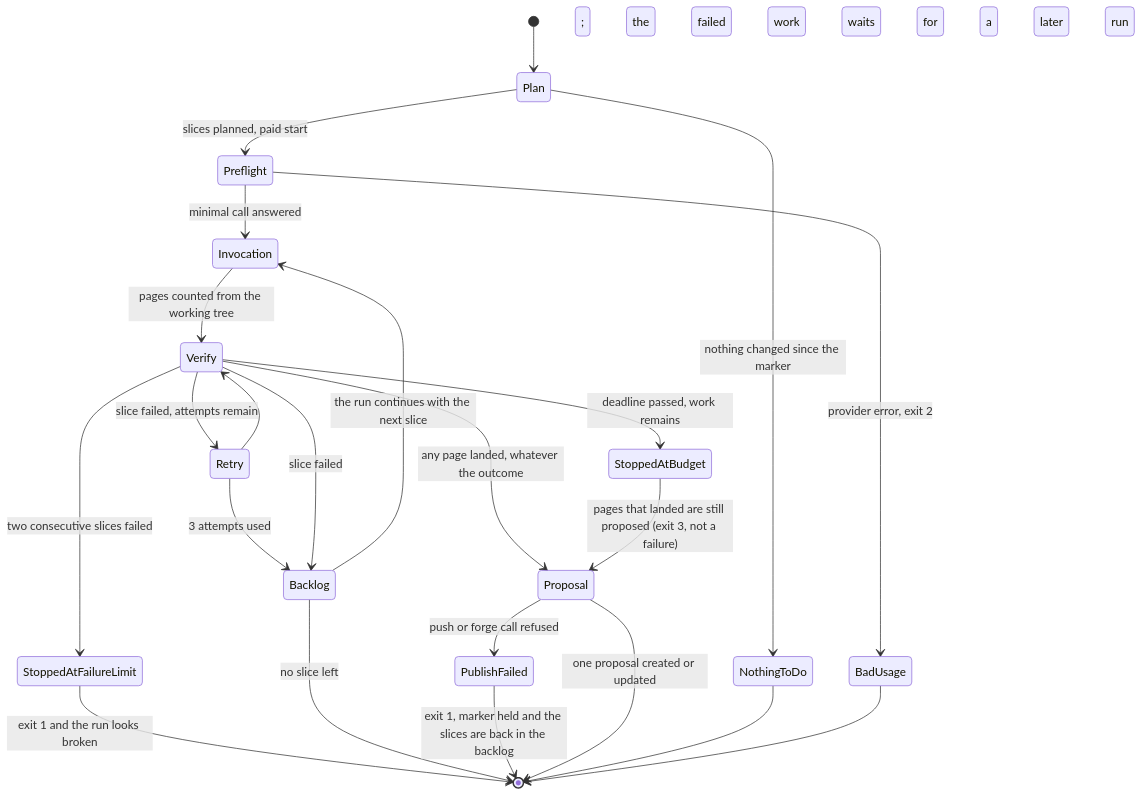
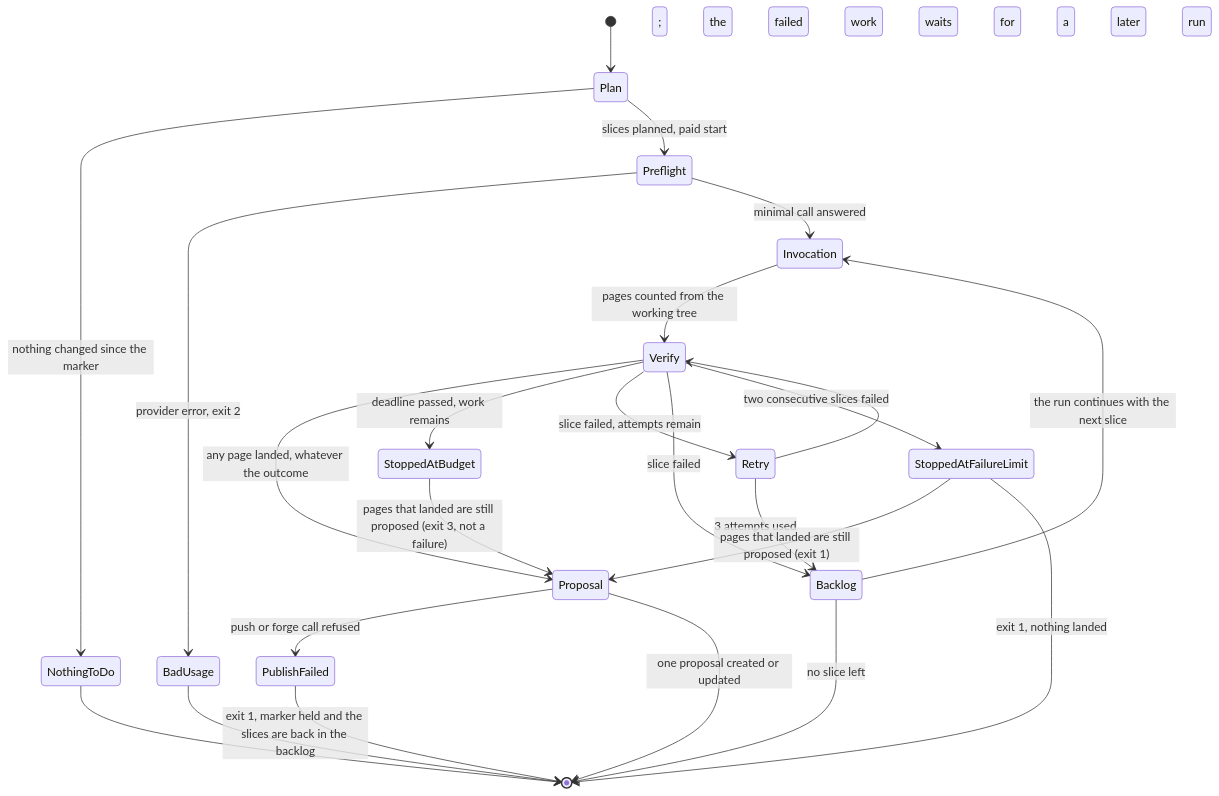
Before and after one commit to jumbleknot/MovieCollectionManager: the first of 2 diagrams in openwiki/runbooks/wiki-maintenance.md, drawn with Mermaid. The commit also changed other lines of this file and 3 other files, not shown here.

````diff
--- a/openwiki/runbooks/wiki-maintenance.md
+++ b/openwiki/runbooks/wiki-maintenance.md
@@ -69,25 +68,26 @@
 ```mermaid
 stateDiagram-v2
     [*] --> Plan
     Plan --> NothingToDo: nothing changed since the marker
     Plan --> Preflight: slices planned, paid start
     Preflight --> BadUsage: provider error, exit 2
     Preflight --> Invocation: minimal call answered
     Invocation --> Verify: pages counted from the working tree
     Verify --> Proposal: any page landed, whatever the outcome
     Verify --> StoppedAtBudget: deadline passed, work remains
     StoppedAtBudget --> Proposal: pages that landed are still proposed (exit 3, not a failure)
     Verify --> Retry: slice failed, attempts remain
     Retry --> Verify
     Retry --> Backlog: 3 attempts used
     Verify --> Backlog: slice failed
     Verify --> StoppedAtFailureLimit: two consecutive slices failed
-    StoppedAtFailureLimit --> [*]: exit 1 and the run looks broken
+    StoppedAtFailureLimit --> Proposal: pages that landed are still proposed (exit 1)
+    StoppedAtFailureLimit --> [*]: exit 1, nothing landed
     Backlog --> Invocation: the run continues with the next slice
     Backlog --> [*]: no slice left; the failed work waits for a later run
     Proposal --> PublishFailed: push or forge call refused
     PublishFailed --> [*]: exit 1, marker held and the slices are back in the backlog
     Proposal --> [*]: one proposal created or updated
     NothingToDo --> [*]
     BadUsage --> [*]
 ```
````
